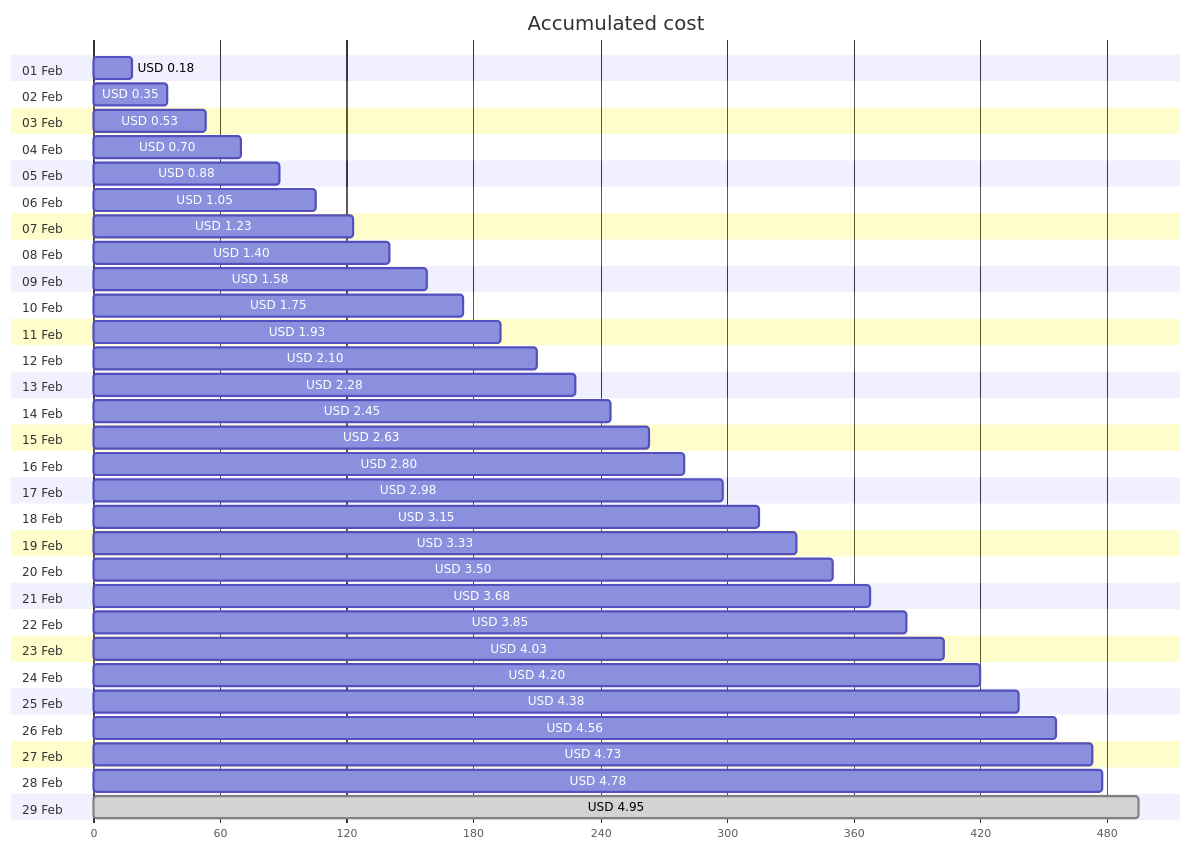
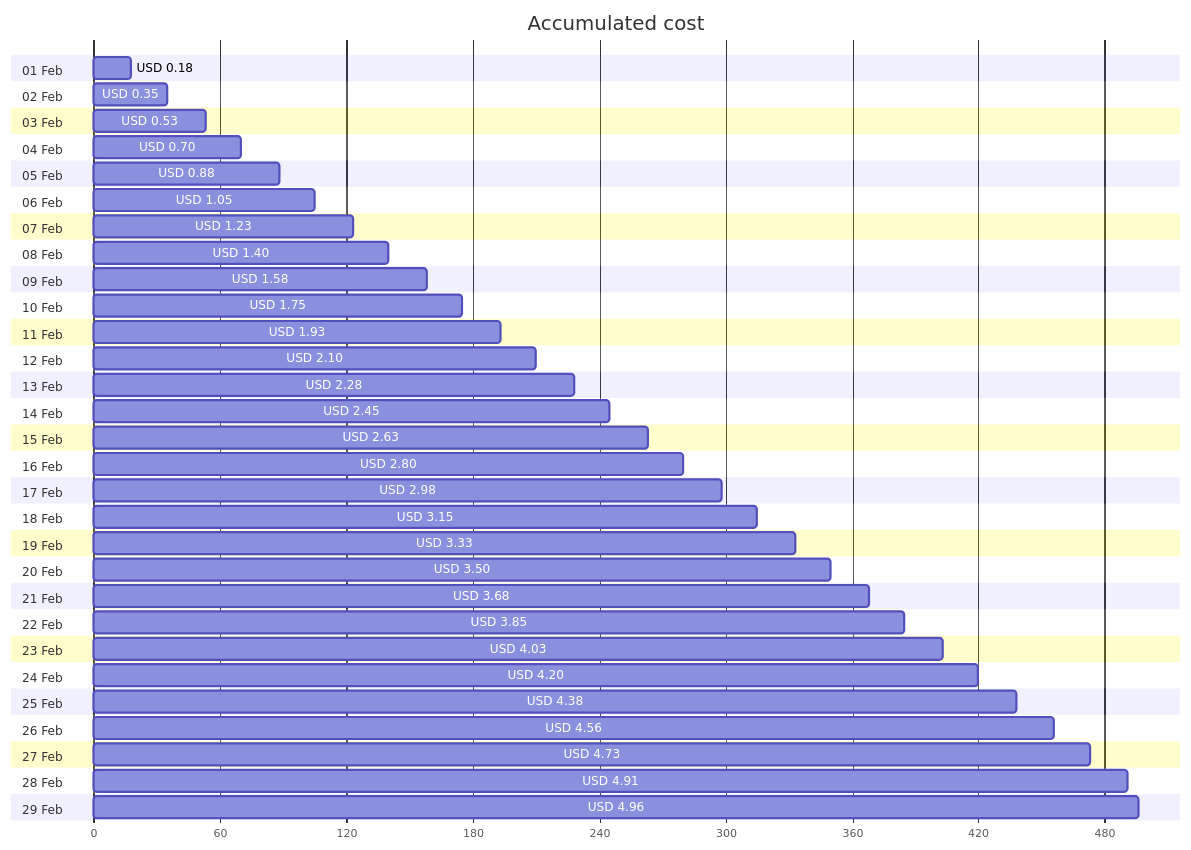
One commit to jpfulton/azure-personal-reports changed the first of 4 diagrams in cost-reports/personal-network/backup-server.md. Above: the diagram before and after it, drawn with Mermaid. The commit also changed other lines of this file and 8 other files, not shown here.

````diff
--- a/cost-reports/personal-network/backup-server.md
+++ b/cost-reports/personal-network/backup-server.md
@@ -20,64 +20,64 @@
 ```mermaid
 gantt
    title Accumulated cost
    dateFormat  X
    axisFormat %s
    section 01 Feb
    USD 0.18 :0, 18
    section 02 Feb
    USD 0.35 :0, 35
    section 03 Feb
    USD 0.53 :0, 53
    section 04 Feb
    USD 0.70 :0, 70
    section 05 Feb
    USD 0.88 :0, 88
    section 06 Feb
    USD 1.05 :0, 105
    section 07 Feb
    USD 1.23 :0, 123
    section 08 Feb
    USD 1.40 :0, 140
    section 09 Feb
    USD 1.58 :0, 158
    section 10 Feb
    USD 1.75 :0, 175
    section 11 Feb
    USD 1.93 :0, 193
    section 12 Feb
    USD 2.10 :0, 210
    section 13 Feb
    USD 2.28 :0, 228
    section 14 Feb
    USD 2.45 :0, 245
    section 15 Feb
    USD 2.63 :0, 263
    section 16 Feb
    USD 2.80 :0, 280
    section 17 Feb
    USD 2.98 :0, 298
    section 18 Feb
    USD 3.15 :0, 315
    section 19 Feb
    USD 3.33 :0, 333
    section 20 Feb
    USD 3.50 :0, 350
    section 21 Feb
    USD 3.68 :0, 368
    section 22 Feb
    USD 3.85 :0, 385
    section 23 Feb
    USD 4.03 :0, 403
    section 24 Feb
    USD 4.20 :0, 420
    section 25 Feb
    USD 4.38 :0, 438
    section 26 Feb
    USD 4.56 :0, 456
    section 27 Feb
    USD 4.73 :0, 473
    section 28 Feb
-   USD 4.78 :0, 478
+   USD 4.91 :0, 491
    section 29 Feb
-   USD 4.95 : done, 0, 495
+   USD 4.96 :0, 496
 ```
````
